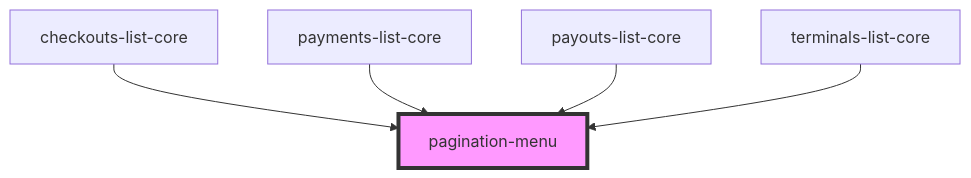
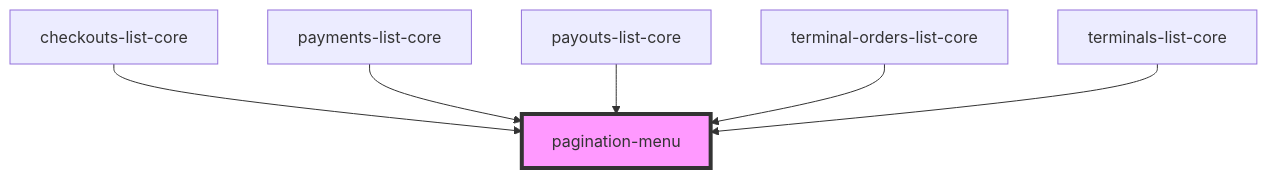
One commit to justifi-tech/web-component-library changed the diagram in packages/webcomponents/src/components/pagination-menu/readme.md. Above: the diagram before and after it, drawn with Mermaid. The commit also changed other lines of this file and 3 other files, not shown here.

````diff
--- a/packages/webcomponents/src/components/pagination-menu/readme.md
+++ b/packages/webcomponents/src/components/pagination-menu/readme.md
@@ -26,8 +27,9 @@
 ```mermaid
 graph TD;
   checkouts-list-core --> pagination-menu
   payments-list-core --> pagination-menu
   payouts-list-core --> pagination-menu
+  terminal-orders-list-core --> pagination-menu
   terminals-list-core --> pagination-menu
   style pagination-menu fill:#f9f,stroke:#333,stroke-width:4px
 ```
````
